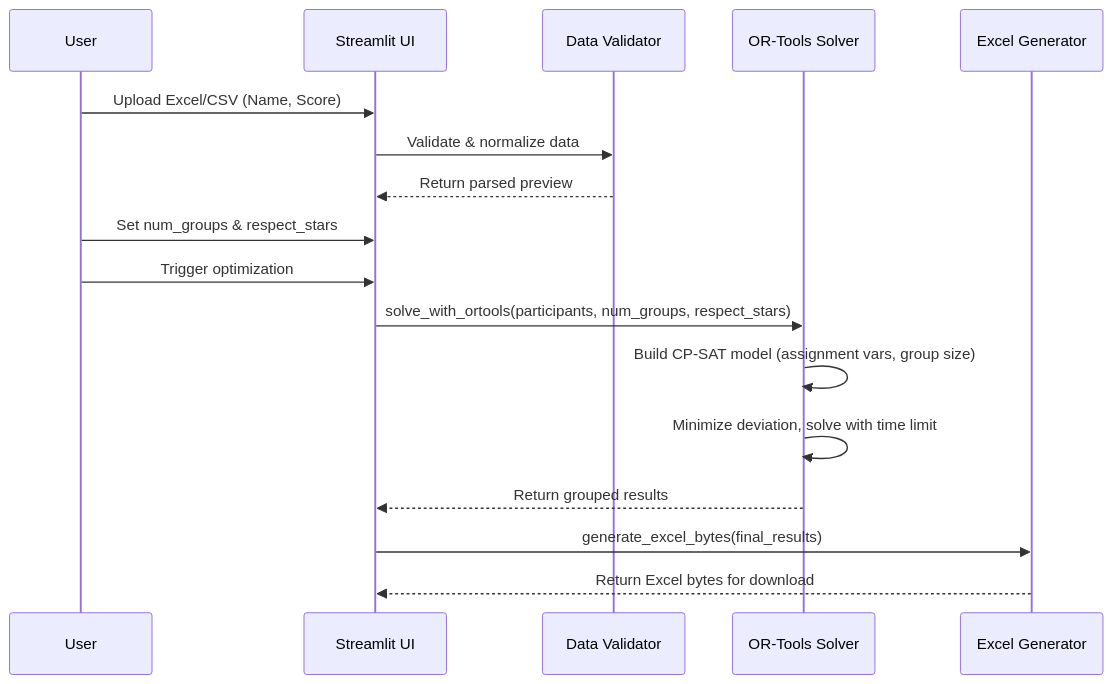
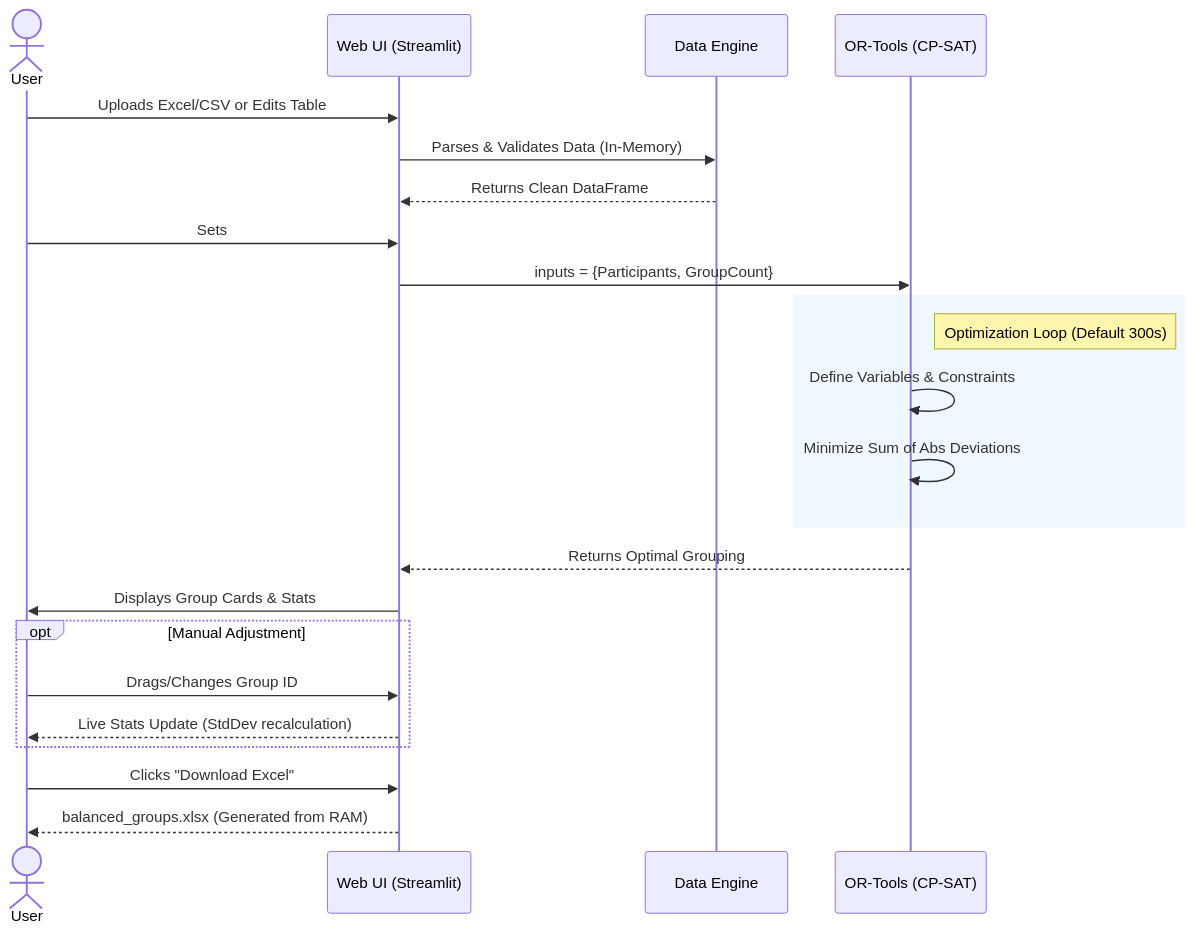
Before and after one commit to genes3e7/Group-Balancer: the diagram in README.md, drawn with Mermaid. The commit also changed other lines of this file and 28 other files, not shown here.

````diff
--- a/README.md
+++ b/README.md
@@ -25,20 +38,35 @@
 ```mermaid
 sequenceDiagram
-    participant User as User
-    participant UI as Streamlit UI
-    participant Validator as Data Validator
-    participant Optimizer as OR-Tools Solver
-    participant ExcelGen as Excel Generator
+    actor User
+    participant Browser as Web UI (Streamlit)
+    participant Core as Data Engine
+    participant Solver as OR-Tools (CP-SAT)
 
-    User->>UI: Upload Excel/CSV (Name, Score)
-    UI->>Validator: Validate & normalize data
-    Validator-->>UI: Return parsed preview
-    User->>UI: Set num_groups & respect_stars
-    User->>UI: Trigger optimization
-    UI->>Optimizer: solve_with_ortools(participants, num_groups, respect_stars)
-    Optimizer->>Optimizer: Build CP-SAT model (assignment vars, group size)
-    Optimizer->>Optimizer: Minimize deviation, solve with time limit
-    Optimizer-->>UI: Return grouped results
-    UI->>ExcelGen: generate_excel_bytes(final_results)
-    ExcelGen-->>UI: Return Excel bytes for download
+    %% Step 1
+    User->>Browser: Uploads Excel/CSV or Edits Table
+    Browser->>Core: Parses & Validates Data (In-Memory)
+    Core-->>Browser: Returns Clean DataFrame
+
+    %% Step 2
+    User->>Browser: Sets # of Groups & Clicks "Generate"
+    Browser->>Solver: inputs = {Participants, GroupCount}
+    
+    rect rgb(240, 248, 255)
+    note right of Solver: Optimization Loop (Default 300s)
+    Solver->>Solver: Define Variables & Constraints
+    Solver->>Solver: Minimize Sum of Abs Deviations
+    end
+    
+    Solver-->>Browser: Returns Optimal Grouping
+    
+    %% Step 3
+    Browser->>User: Displays Group Cards & Stats
+    
+    opt Manual Adjustment
+        User->>Browser: Drags/Changes Group ID
+        Browser-->>User: Live Stats Update (StdDev recalculation)
+    end
+    
+    User->>Browser: Clicks "Download Excel"
+    Browser-->>User: balanced_groups.xlsx (Generated from RAM)
 ```
````
